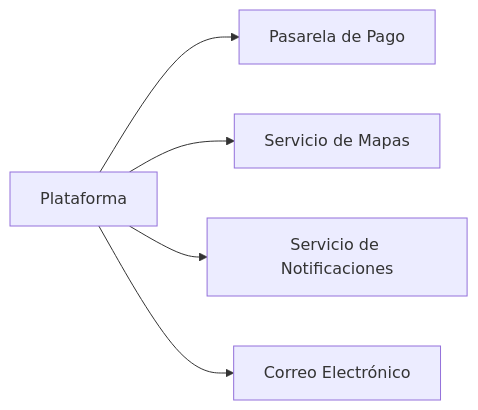
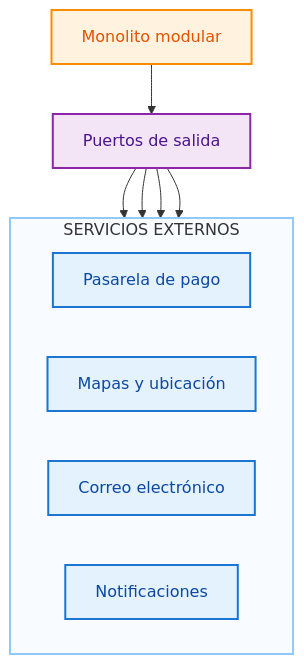
One commit to Roki-7/PlataformaServicios-Arquitectura-Anderson-Ochoa changed the eighth of 8 diagrams in arquitectura/arquitectura-inicial.md. Above: the diagram before and after it, drawn with Mermaid. The commit also changed other lines of this file, not shown here.

Commit message:
docs: mejorar arquitectura y diagramas del sistema

````diff
--- a/arquitectura/arquitectura-inicial.md
+++ b/arquitectura/arquitectura-inicial.md
@@ -304,15 +762,34 @@
 ```mermaid
-flowchart LR
+flowchart TB
 
-    SISTEMA["Plataforma"]
+    SISTEMA["Monolito modular"]
 
-    PAGOS["Pasarela de Pago"]
-    MAPAS["Servicio de Mapas"]
-    NOTIF["Servicio de Notificaciones"]
-    EMAIL["Correo Electrónico"]
+    PUERTOS["Puertos de salida"]
 
-    SISTEMA --> PAGOS
-    SISTEMA --> MAPAS
-    SISTEMA --> NOTIF
-    SISTEMA --> EMAIL
+    subgraph SERVICIOS["SERVICIOS EXTERNOS"]
+        direction LR
+
+        PAGO["Pasarela de pago"]
+        MAPAS["Mapas y ubicación"]
+        CORREO["Correo electrónico"]
+        NOTIF["Notificaciones"]
+    end
+
+    SISTEMA --> PUERTOS
+
+    PUERTOS --> PAGO
+    PUERTOS --> MAPAS
+    PUERTOS --> CORREO
+    PUERTOS --> NOTIF
+
+
+    classDef core fill:#FFF3E0,stroke:#FB8C00,color:#E65100,stroke-width:2px;
+    classDef ports fill:#F3E5F5,stroke:#8E24AA,color:#4A148C,stroke-width:2px;
+    classDef external fill:#E3F2FD,stroke:#1976D2,color:#0D47A1,stroke-width:2px;
+
+    class SISTEMA core;
+    class PUERTOS ports;
+    class PAGO,MAPAS,CORREO,NOTIF external;
+
+    style SERVICIOS fill:#F8FBFF,stroke:#90CAF9,stroke-width:2px
 ```
````
